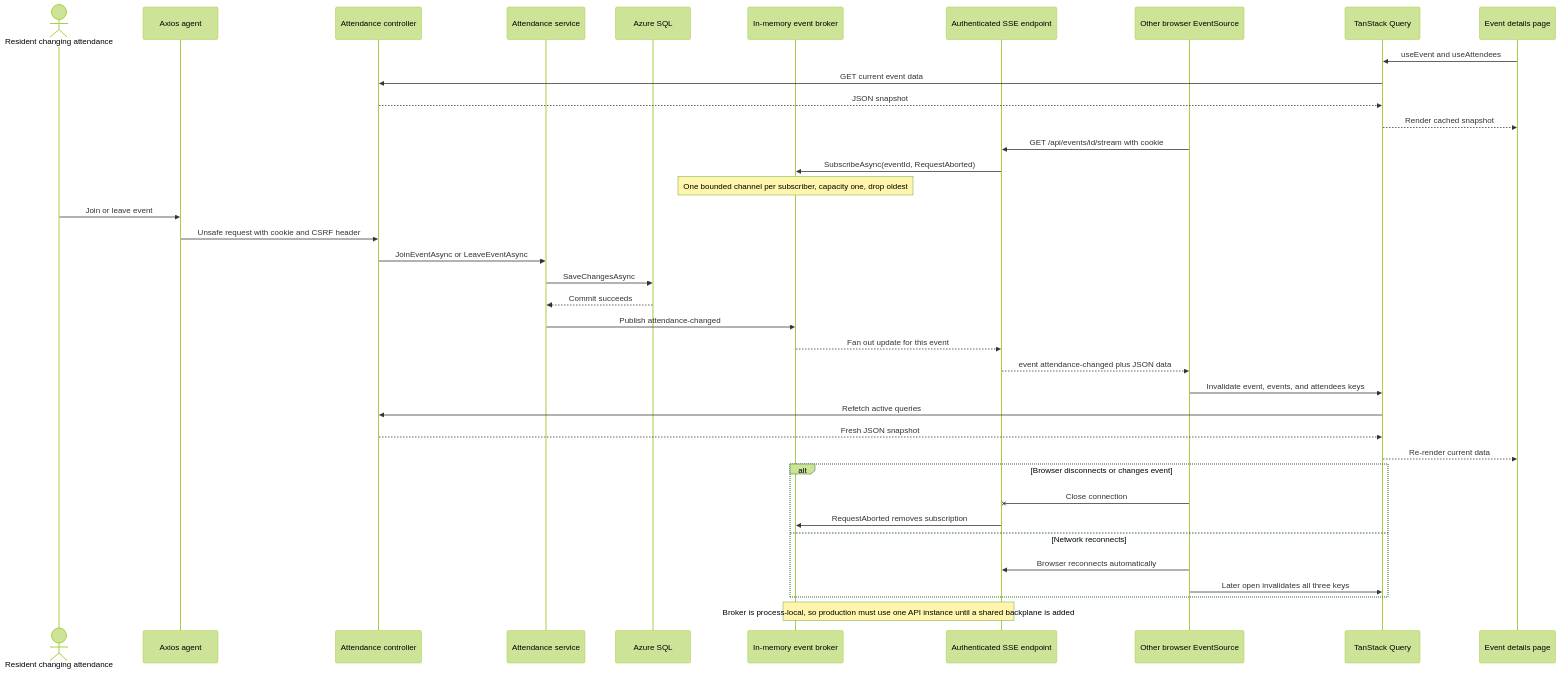
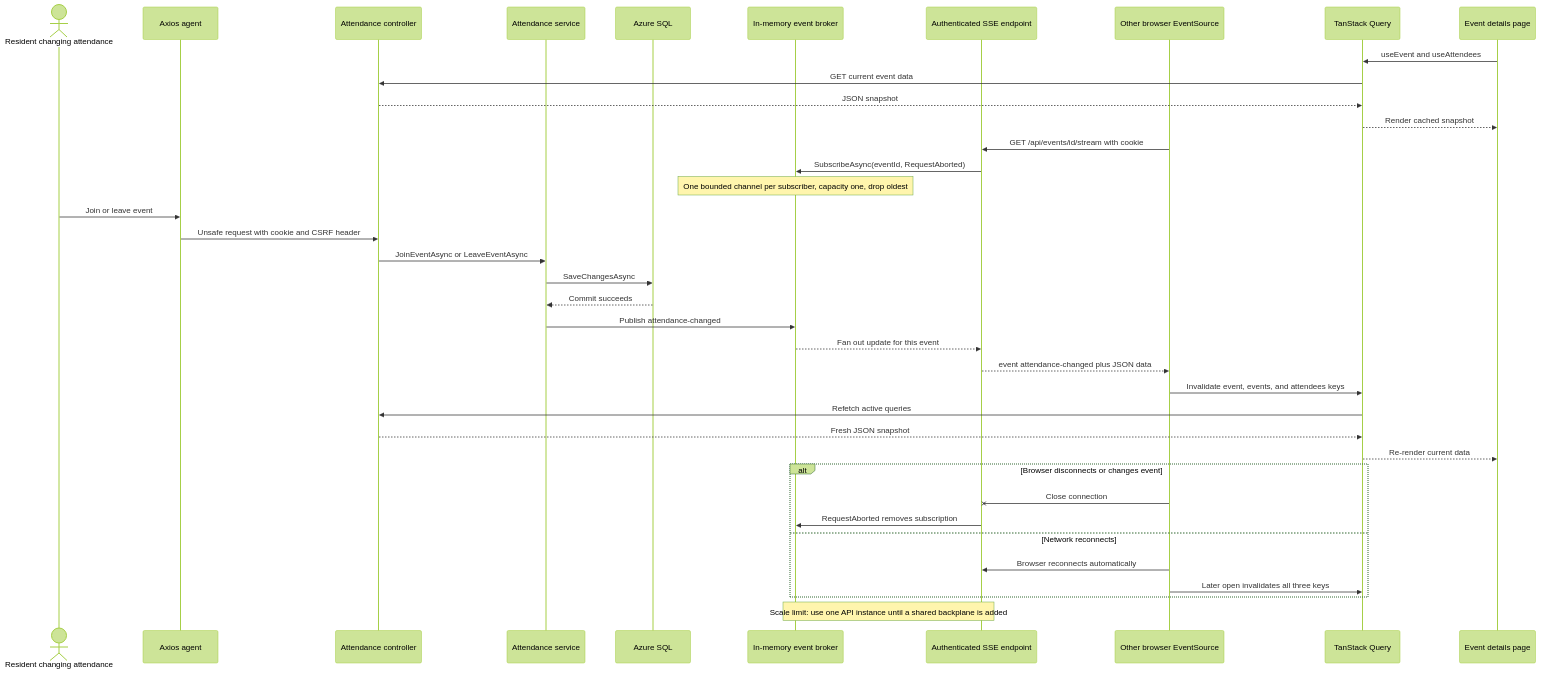
Before and after one commit to Victor-CS-Core/hoa-practice-project: the diagram in HoaCommunityEvents/docs/diagrams/sse-attendance-invalidation-sequence.mmd, drawn with Mermaid (forest theme). The commit also changed 1 other file, not shown here.

Commit message:
docs: improve Task 13 diagram layouts

```diff
--- a/HoaCommunityEvents/docs/diagrams/sse-attendance-invalidation-sequence.mmd
+++ b/HoaCommunityEvents/docs/diagrams/sse-attendance-invalidation-sequence.mmd
@@ -1,43 +1,43 @@
 sequenceDiagram
   actor ResidentA as Resident changing attendance
   participant AxiosA as Axios agent
   participant API as Attendance controller
   participant Service as Attendance service
   participant SQL as Azure SQL
   participant Broker as In-memory event broker
   participant Stream as Authenticated SSE endpoint
   participant EventSource as Other browser EventSource
   participant Query as TanStack Query
   participant Page as Event details page
 
   Page->>Query: useEvent and useAttendees
   Query->>API: GET current event data
   API-->>Query: JSON snapshot
   Query-->>Page: Render cached snapshot
 
   EventSource->>Stream: GET /api/events/id/stream with cookie
   Stream->>Broker: SubscribeAsync(eventId, RequestAborted)
   Note over Broker: One bounded channel per subscriber, capacity one, drop oldest
 
   ResidentA->>AxiosA: Join or leave event
   AxiosA->>API: Unsafe request with cookie and CSRF header
   API->>Service: JoinEventAsync or LeaveEventAsync
   Service->>SQL: SaveChangesAsync
   SQL-->>Service: Commit succeeds
   Service->>Broker: Publish attendance-changed
   Broker-->>Stream: Fan out update for this event
   Stream-->>EventSource: event attendance-changed plus JSON data
   EventSource->>Query: Invalidate event, events, and attendees keys
   Query->>API: Refetch active queries
   API-->>Query: Fresh JSON snapshot
   Query-->>Page: Re-render current data
 
   alt Browser disconnects or changes event
     EventSource-xStream: Close connection
     Stream->>Broker: RequestAborted removes subscription
   else Network reconnects
     EventSource->>Stream: Browser reconnects automatically
     EventSource->>Query: Later open invalidates all three keys
   end
 
-  Note over Broker,Stream: Broker is process-local, so production must use one API instance until a shared backplane is added
+  Note over Broker,Stream: Scale limit: use one API instance until a shared backplane is added
```
